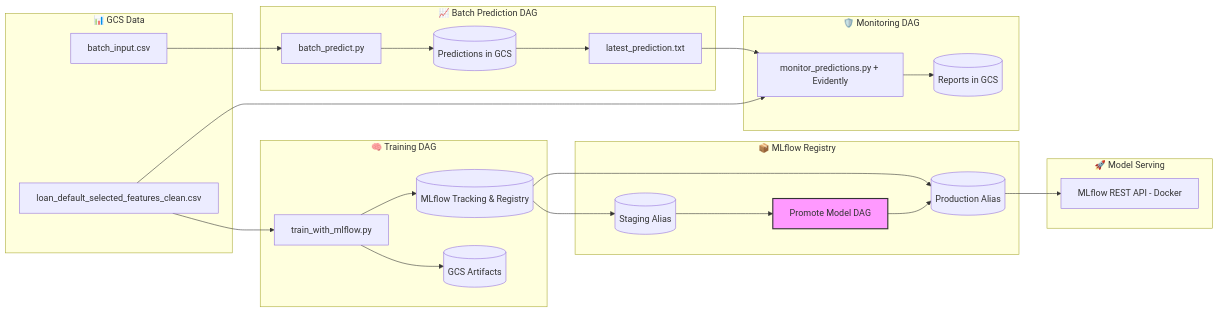
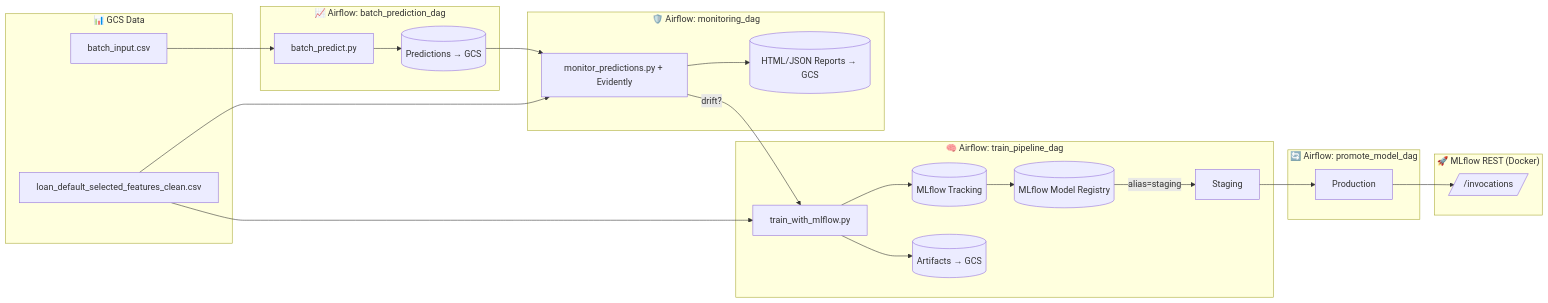
One commit to JDede1/loan_default_prediction changed the second of 4 diagrams in README.md. Above: the diagram before and after it, drawn with Mermaid. The commit also changed other lines of this file and 7 other files, not shown here.

Commit message:
serve: env-driven entrypoint; pin MLflow to 3.1.4; docs/compose updates; tighten .gitignore

````diff
--- a/README.md
+++ b/README.md
@@ -85,38 +112,37 @@
 ```mermaid
 flowchart LR
     subgraph Data["📊 GCS Data"]
-        A[loan_default_selected_features_clean.csv]
-        B[batch_input.csv]
+        D1[loan_default_selected_features_clean.csv]
+        D2[batch_input.csv]
     end
 
-    subgraph Training["🧠 Training DAG"]
-        A --> T1[train_with_mlflow.py]
-        T1 --> MLflow[(MLflow Tracking & Registry)]
-        T1 --> Artifacts[(GCS Artifacts)]
+    subgraph Train["🧠 Airflow: train_pipeline_dag"]
+        D1 --> T[train_with_mlflow.py]
+        T --> ML[(MLflow Tracking)]
+        T --> ART[(Artifacts → GCS)]
+        ML --> REG[(MLflow Model Registry)]
+        REG -->|alias=staging| STG[Staging]
     end
 
-    subgraph Registry["📦 MLflow Registry"]
-        MLflow --> Staging[(Staging Alias)]
-        MLflow --> Production[(Production Alias)]
-        Promote[Promote Model DAG]:::dag
-        Staging --> Promote --> Production
+    subgraph Promote["🔄 Airflow: promote_model_dag"]
+      STG --> PRD[Production]
     end
 
-    subgraph Serving["🚀 Model Serving"]
-        Production --> API["MLflow REST API - Docker"]
+    subgraph Serve["🚀 MLflow REST (Docker)"]
+      PRD --> S[/ /invocations /]
     end
 
-    subgraph Batch["📈 Batch Prediction DAG"]
-        B --> P1[batch_predict.py]
-        P1 --> Predictions[(Predictions in GCS)]
-        Predictions --> Marker[latest_prediction.txt]
+    subgraph Batch["📈 Airflow: batch_prediction_dag"]
+        D2 --> BP[batch_predict.py]
+        BP --> PRED[(Predictions → GCS)]
     end
 
-    subgraph Monitoring["🛡️ Monitoring DAG"]
-        Marker --> M1[monitor_predictions.py + Evidently]
-        A --> M1
-        M1 --> Reports[(Reports in GCS)]
+    subgraph Monitor["🛡️ Airflow: monitoring_dag"]
+        PRED --> MON[monitor_predictions.py + Evidently]
+        D1 --> MON
+        MON --> RPT[(HTML/JSON Reports → GCS)]
+        MON -- drift? --> T
     end
 
     classDef dag fill:#f9f,stroke:#333,stroke-width:2px;
 ```
````
